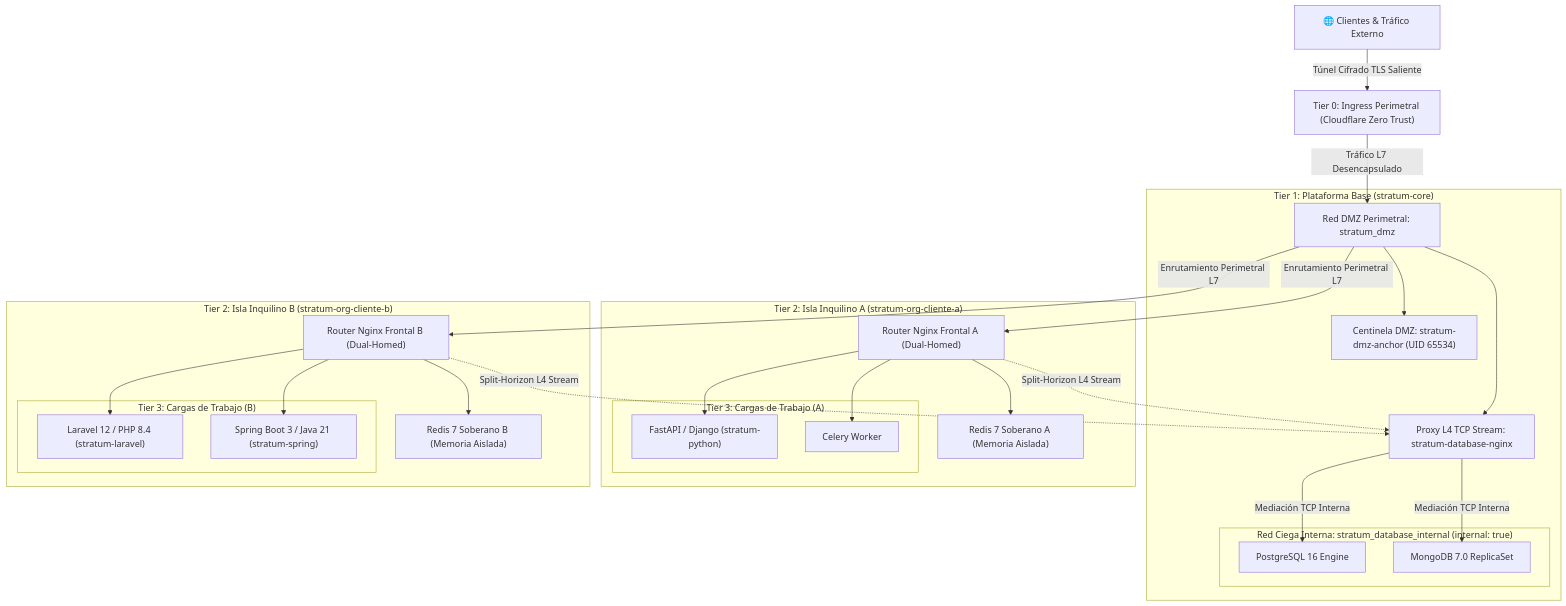
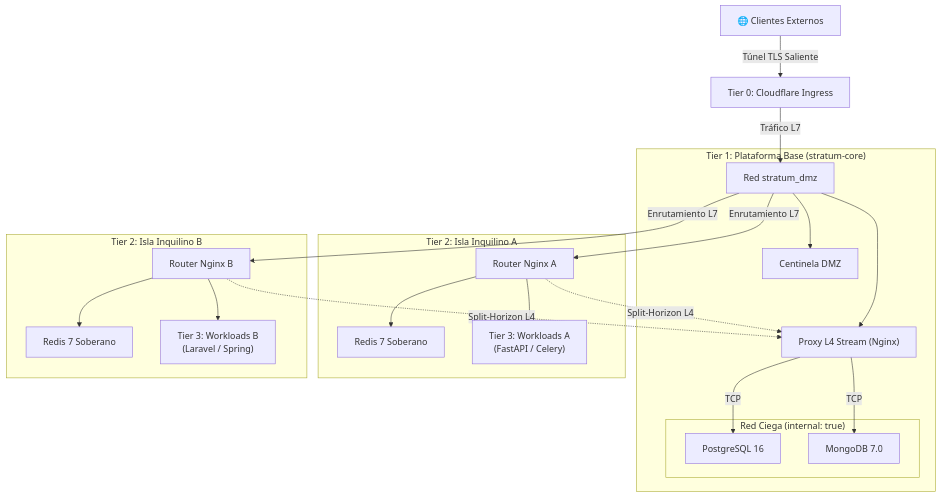
One commit to isora-cloud-group/stratum-hub changed the second of 4 diagrams in README.md. Above: the diagram before and after it, drawn with Mermaid. The commit also changed other lines of this file and 2 other files, not shown here.

Commit message:
docs: optimize diagrams with vertical orientation, concise labels, and decoupled link lists

````diff
--- a/README.md
+++ b/README.md
@@ -88,52 +84,46 @@
 ```mermaid
 flowchart TD
-    EXT["🌐 Clientes & Tráfico Externo"] -->|"Túnel Cifrado TLS Saliente"| T0["Tier 0: Ingress Perimetral (Cloudflare Zero Trust)"]
+    EXT["🌐 Clientes Externos"] -->|"Túnel TLS Saliente"| T0["Tier 0: Cloudflare Ingress"]
     
     subgraph CorePlatform ["Tier 1: Plataforma Base (stratum-core)"]
-        DMZ["Red DMZ Perimetral: stratum_dmz"]
-        ANCHOR["Centinela DMZ: stratum-dmz-anchor (UID 65534)"]
-        L4PROXY["Proxy L4 TCP Stream: stratum-database-nginx"]
+        DMZ["Red stratum_dmz"]
+        ANCHOR["Centinela DMZ"]
+        L4PROXY["Proxy L4 Stream (Nginx)"]
         
-        subgraph BlindDataTier ["Red Ciega Interna: stratum_database_internal (internal: true)"]
-            PG["PostgreSQL 16 Engine"]
-            MONGO["MongoDB 7.0 ReplicaSet"]
+        subgraph BlindDataTier ["Red Ciega (internal: true)"]
+            PG["PostgreSQL 16"]
+            MONGO["MongoDB 7.0"]
         end
         
         DMZ --> ANCHOR
         DMZ --> L4PROXY
-        L4PROXY -->|"Mediación TCP Interna"| PG
-        L4PROXY -->|"Mediación TCP Interna"| MONGO
+        L4PROXY -->|"TCP"| PG
+        L4PROXY -->|"TCP"| MONGO
     end
 
-    T0 -->|"Tráfico L7 Desencapsulado"| DMZ
+    T0 -->|"Tráfico L7"| DMZ
 
-    subgraph OrgA ["Tier 2: Isla Inquilino A (stratum-org-cliente-a)"]
-        ROUTER_A["Router Nginx Frontal A (Dual-Homed)"]
-        REDIS_A["Redis 7 Soberano A (Memoria Aislada)"]
-        subgraph WorkloadsA ["Tier 3: Cargas de Trabajo (A)"]
-            W_A1["FastAPI / Django (stratum-python)"]
-            W_A2["Celery Worker"]
-        end
+    subgraph OrgA ["Tier 2: Isla Inquilino A"]
+        ROUTER_A["Router Nginx A"]
+        REDIS_A["Redis 7 Soberano"]
+        W_A["Tier 3: Workloads A<br/>(FastAPI / Celery)"]
+        
         ROUTER_A --> REDIS_A
-        ROUTER_A --> W_A1
-        ROUTER_A --> W_A2
+        ROUTER_A --> W_A
     end
 
-    subgraph OrgB ["Tier 2: Isla Inquilino B (stratum-org-cliente-b)"]
-        ROUTER_B["Router Nginx Frontal B (Dual-Homed)"]
-        REDIS_B["Redis 7 Soberano B (Memoria Aislada)"]
-        subgraph WorkloadsB ["Tier 3: Cargas de Trabajo (B)"]
-            W_B1["Laravel 12 / PHP 8.4 (stratum-laravel)"]
-            W_B2["Spring Boot 3 / Java 21 (stratum-spring)"]
-        end
+    subgraph OrgB ["Tier 2: Isla Inquilino B"]
+        ROUTER_B["Router Nginx B"]
+        REDIS_B["Redis 7 Soberano"]
+        W_B["Tier 3: Workloads B<br/>(Laravel / Spring)"]
+        
         ROUTER_B --> REDIS_B
-        ROUTER_B --> W_B1
-        ROUTER_B --> W_B2
+        ROUTER_B --> W_B
     end
 
-    DMZ -->|"Enrutamiento Perimetral L7"| ROUTER_A
-    DMZ -->|"Enrutamiento Perimetral L7"| ROUTER_B
+    DMZ -->|"Enrutamiento L7"| ROUTER_A
+    DMZ -->|"Enrutamiento L7"| ROUTER_B
 
-    ROUTER_A -.->|"Split-Horizon L4 Stream"| L4PROXY
-    ROUTER_B -.->|"Split-Horizon L4 Stream"| L4PROXY
+    ROUTER_A -.->|"Split-Horizon L4"| L4PROXY
+    ROUTER_B -.->|"Split-Horizon L4"| L4PROXY
 ```
````
